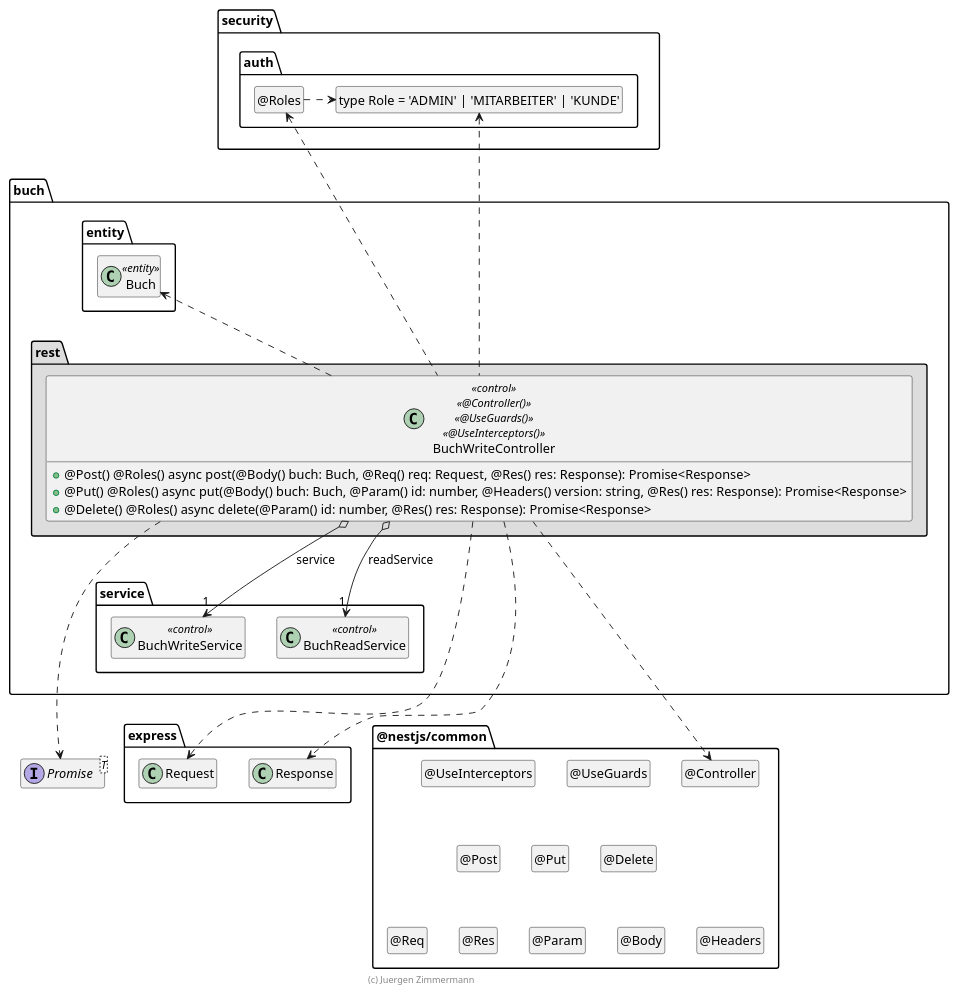
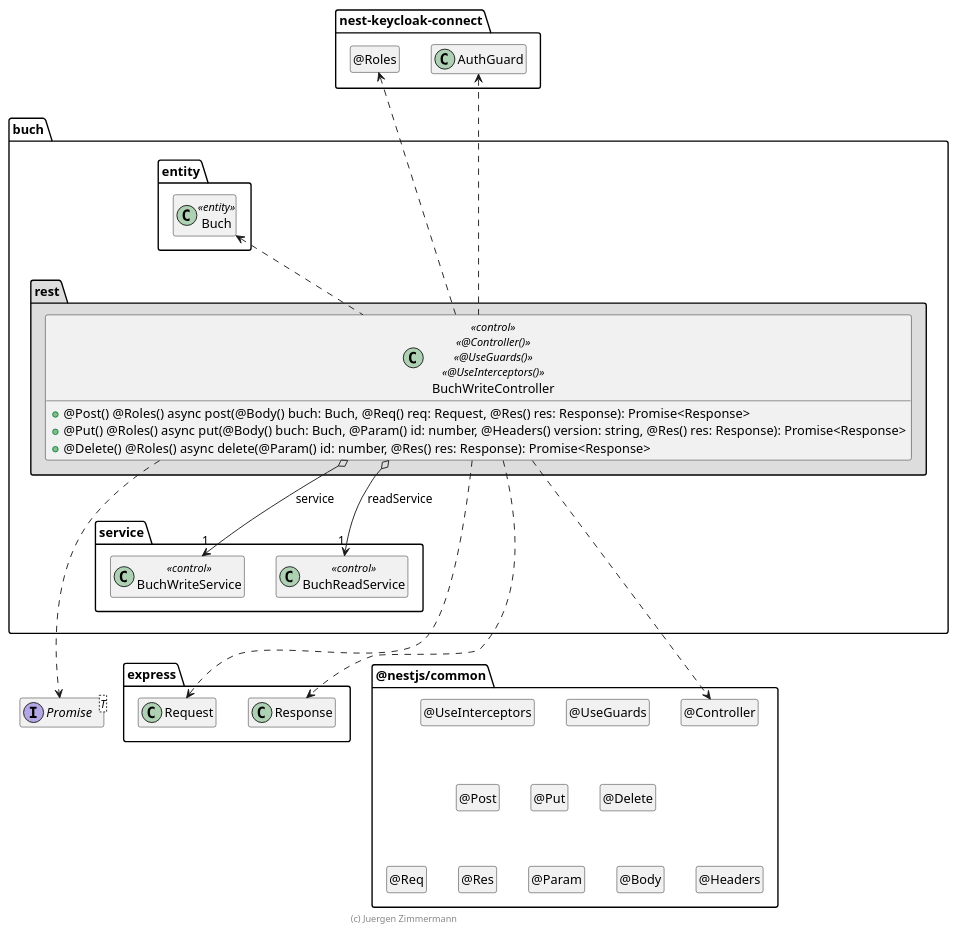
Before and after one commit to juergenzimmermann/buch: the diagram in .extras/doc/projekthandbuch/BuchWriteController.plantuml, drawn with PlantUML. The commit also changed 6 other files, not shown here.

```diff
--- a/.extras/doc/projekthandbuch/BuchWriteController.plantuml
+++ b/.extras/doc/projekthandbuch/BuchWriteController.plantuml
@@ -18,110 +18,107 @@
 @startuml Controller-Klasse
 
 interface Promise<T>
 
 package @nestjs/common {
   class "@Controller" as Controller
   hide Controller circle
 
   class "@UseGuards" as UseGuards
   hide UseGuards circle
 
   class "@UseInterceptors" as UseInterceptors
   hide UseInterceptors circle
 
   class "@Post" as Post
   hide Post circle
 
   class "@Put" as Put
   hide Put circle
 
   class "@Delete" as Delete
   hide Delete circle
 
   class "@Req" as Req
   hide Req circle
 
   class "@Res" as Res
   hide Res circle
 
   class "@Param" as Param
   hide Param circle
 
   class "@Body" as Body
   hide Body circle
 
   class "@Headers" as Headers
   hide Headers circle
 
   UseInterceptors .[hidden].> Post
   UseInterceptors .[hidden].> Put
   UseInterceptors .[hidden].> Delete
 
   Post .[hidden].> Req
   Post .[hidden].> Res
   Post .[hidden].> Param
   Post .[hidden].> Body
   Post .[hidden].> Headers
 }
 
+package nest-keycloak-connect {
+  class AuthGuard
+
+  class "@Roles" as Roles
+  hide Roles circle
+}
+
 package express {
   class Request
   class Response
 
   Response .right[hidden].> Controller
-}
-
-package security.auth {
-  class "type Role = 'ADMIN' | 'MITARBEITER' | 'KUNDE'" as Role
-  hide Role circle
-
-  class "@Roles" as Roles
-  hide Roles circle
-
-  Roles .right.> Role
 }
 
 package buch {
   package entity #FFFFFF {
     class Buch <<entity>>
 
     Buch .[hidden].> Promise
     Buch .[hidden].> Request
   }
 
   package service {
     class BuchWriteService << control >>
     class BuchReadService << control >>
   }
 
   package rest #DDDDDD {
     class BuchWriteController << control >> << @Controller() >> << @UseGuards() >> << @UseInterceptors() >> {
       + @Post() @Roles() async post(@Body() buch: Buch, @Req() req: Request,  @Res() res: Response): Promise<Response>
       + @Put() @Roles() async put(@Body() buch: Buch, @Param() id: number, @Headers() version: string, @Res() res: Response): Promise<Response>
       + @Delete() @Roles() async delete(@Param() id: number, @Res() res: Response): Promise<Response>
     }
 
     BuchWriteController o--> "1" BuchWriteService : service
     BuchWriteController o--> "1" BuchReadService : readService
     BuchWriteController ..up> Buch
 
     BuchWriteController ..> Controller
 
+    BuchWriteController .up.> AuthGuard
     BuchWriteController .up.> Roles
-    BuchWriteController .up.> Role
 
     BuchWriteController ..> Request
     BuchWriteController ..> Response
     BuchWriteController ..> Promise
 
     Buch .up[hidden].> Roles
     BuchWriteService .[hidden].> Request
     BuchWriteService .[hidden].> Promise
   }
 }
 
 hide empty members
 
 footer (c) Juergen Zimmermann
 
 @enduml
```
